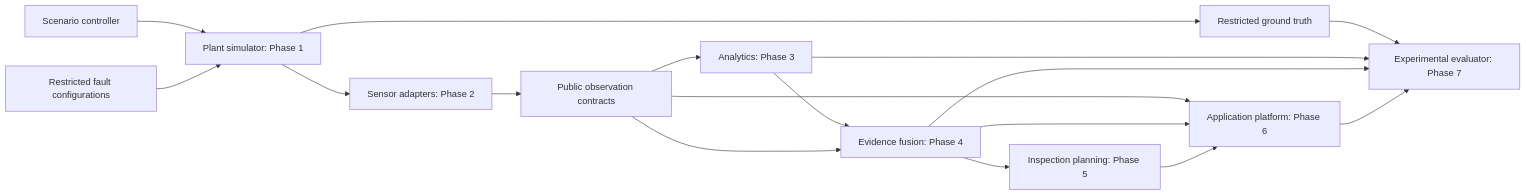
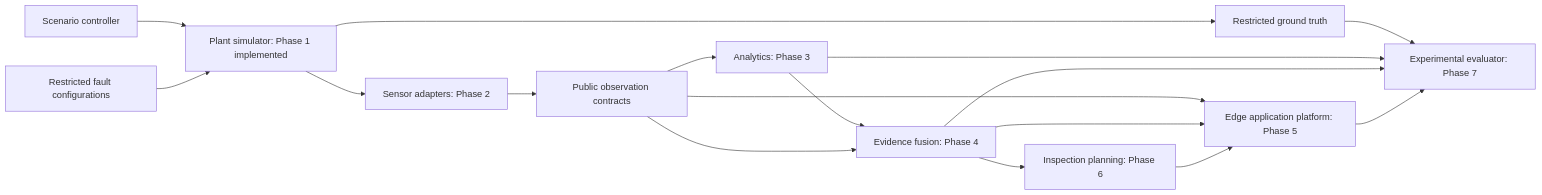
The diagram in docs/ARCHITECTURE.md (mallikarjunreddyD/TwinGuard), drawn with Mermaid before and after one commit. The commit also changed other lines of this file and 66 other files, not shown here.

Commit message:
Add plant simulator

````diff
--- a/docs/ARCHITECTURE.md
+++ b/docs/ARCHITECTURE.md
@@ -5,19 +5,19 @@
 ```mermaid
 flowchart LR
-  C[Scenario controller] --> P[Plant simulator: Phase 1]
+  C[Scenario controller] --> P[Plant simulator: Phase 1 implemented]
   F[Restricted fault configurations] --> P
   P --> S[Sensor adapters: Phase 2]
   S --> O[Public observation contracts]
   O --> A[Analytics: Phase 3]
   A --> E[Evidence fusion: Phase 4]
   O --> E
-  E --> I[Inspection planning: Phase 5]
-  O --> APP[Application platform: Phase 6]
+  E --> I[Inspection planning: Phase 6]
+  O --> APP[Edge application platform: Phase 5]
   E --> APP
   I --> APP
   P --> G[Restricted ground truth]
   G --> V[Experimental evaluator: Phase 7]
   A --> V
   E --> V
   APP --> V
 ```
````
